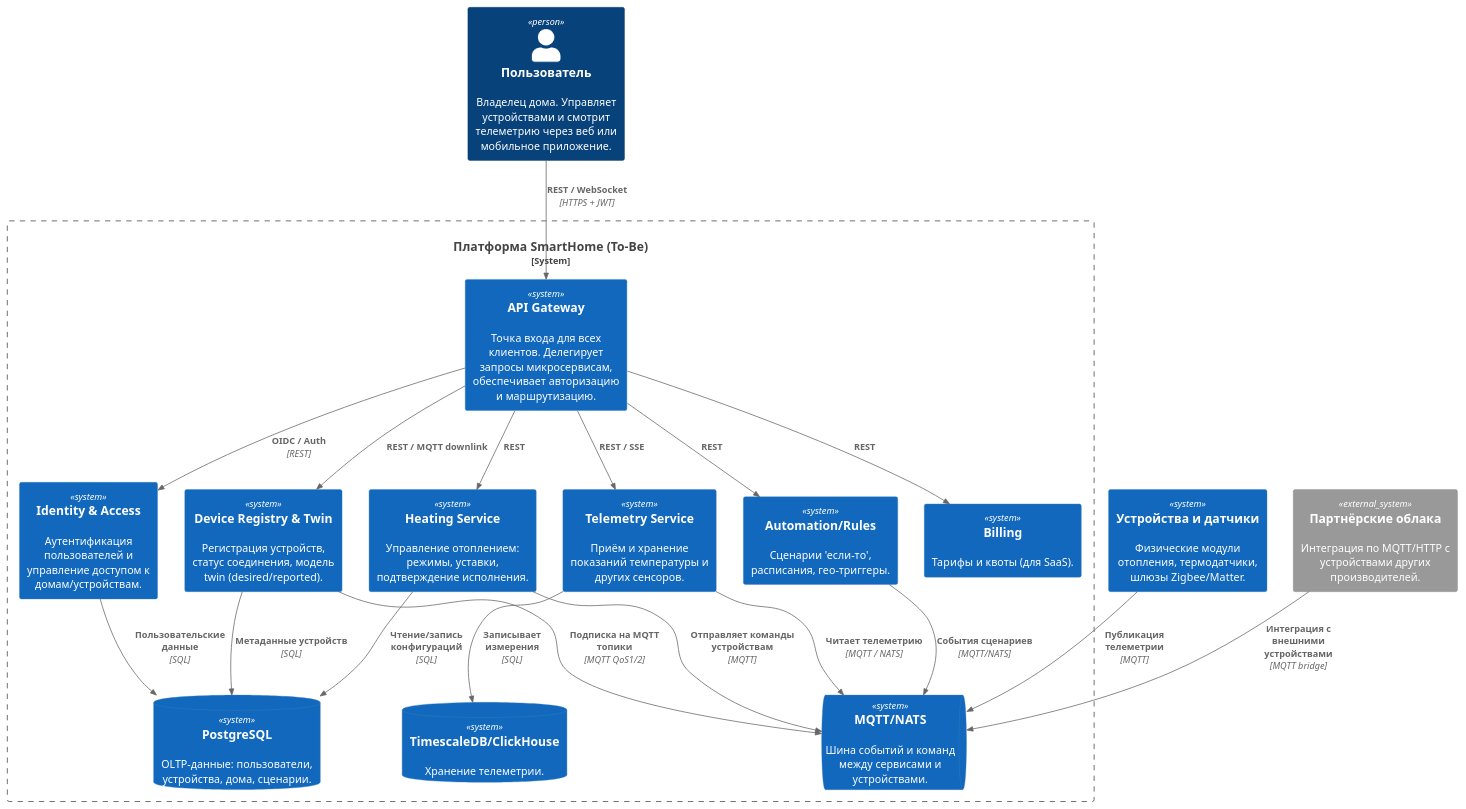
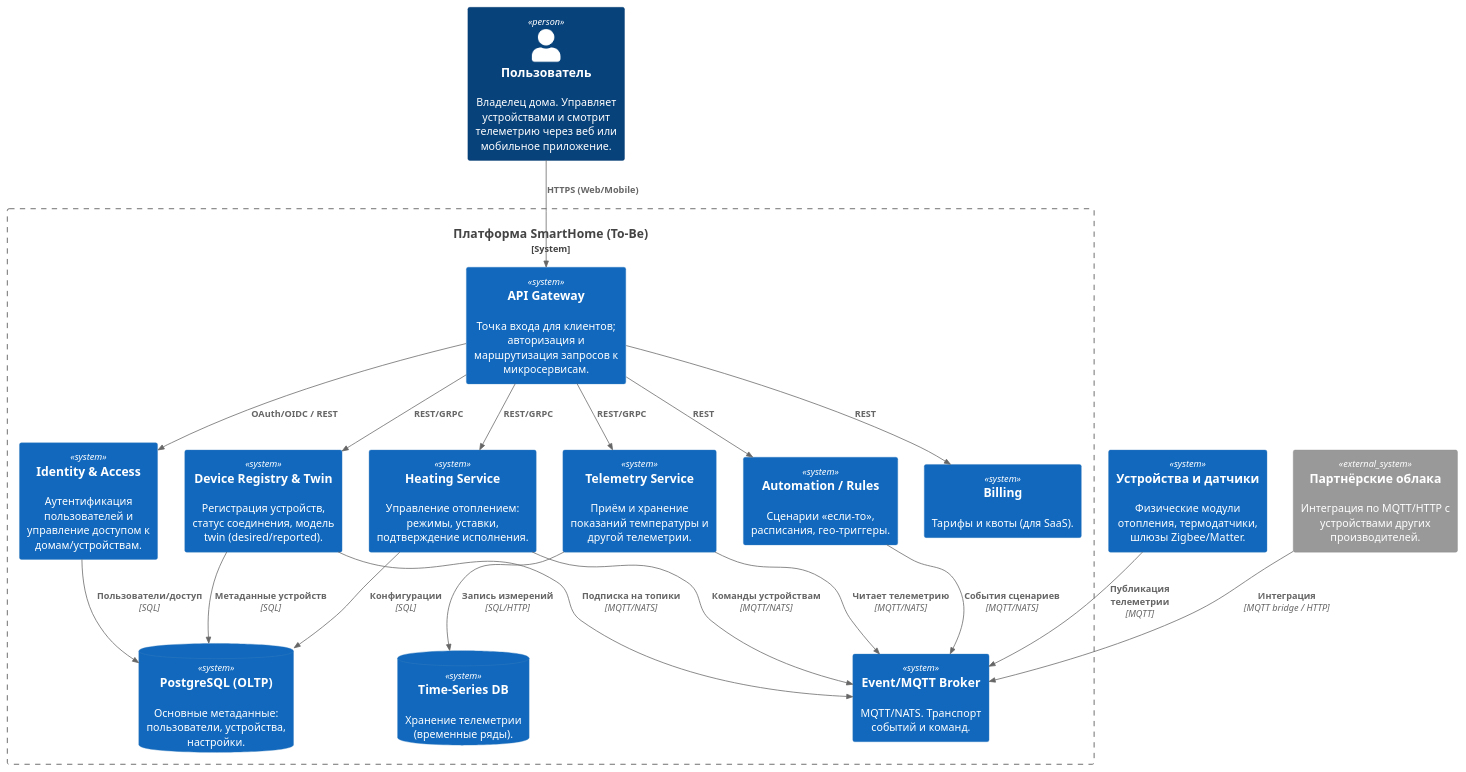
Before and after one commit to LobovVit/arc-warmhouse: the diagram in schemas/To-Be-C4-Context.puml, drawn with PlantUML. The commit also changed 1 other file, not shown here.

```diff
--- a/schemas/To-Be-C4-Context.puml
+++ b/schemas/To-Be-C4-Context.puml
@@ -1,42 +1,44 @@
 @startuml
 !include https://raw.githubusercontent.com/plantuml-stdlib/C4-PlantUML/master/C4_Context.puml
 LAYOUT_TOP_DOWN()
 
 Person(user, "Пользователь", "Владелец дома. Управляет устройствами и смотрит телеметрию через веб или мобильное приложение.")
 System(sensor, "Устройства и датчики", "Физические модули отопления, термодатчики, шлюзы Zigbee/Matter.")
 System_Ext(cloudPartner, "Партнёрские облака", "Интеграция по MQTT/HTTP с устройствами других производителей.")
 
 System_Boundary(system, "Платформа SmartHome (To-Be)") {
-  System(apiGateway, "API Gateway", "Точка входа для всех клиентов. Делегирует запросы микросервисам, обеспечивает авторизацию и маршрутизацию.")
+  System(apiGateway, "API Gateway", "Точка входа для клиентов; авторизация и маршрутизация запросов к микросервисам.")
   System(heatingSvc, "Heating Service", "Управление отоплением: режимы, уставки, подтверждение исполнения.")
-  System(telemetrySvc, "Telemetry Service", "Приём и хранение показаний температуры и других сенсоров.")
+  System(telemetrySvc, "Telemetry Service", "Приём и хранение показаний температуры и другой телеметрии.")
   System(deviceSvc, "Device Registry & Twin", "Регистрация устройств, статус соединения, модель twin (desired/reported).")
   System(identitySvc, "Identity & Access", "Аутентификация пользователей и управление доступом к домам/устройствам.")
-  System(automationSvc, "Automation/Rules", "Сценарии 'если-то', расписания, гео-триггеры.")
+  System(automationSvc, "Automation / Rules", "Сценарии «если-то», расписания, гео-триггеры.")
   System(billingSvc, "Billing", "Тарифы и квоты (для SaaS).")
-  SystemDb(timeseriesDb, "TimescaleDB/ClickHouse", "Хранение телеметрии.")
-  SystemDb(pgMain, "PostgreSQL", "OLTP-данные: пользователи, устройства, дома, сценарии.")
-  SystemQueue(broker, "MQTT/NATS", "Шина событий и команд между сервисами и устройствами.")
+
+  ' Внутренняя инфраструктура платформы
+  System(broker, "Event/MQTT Broker", "MQTT/NATS. Транспорт событий и команд.")
+  SystemDb(pgMain, "PostgreSQL (OLTP)", "Основные метаданные: пользователи, устройства, настройки.")
+  SystemDb(timeseriesDb, "Time-Series DB", "Хранение телеметрии (временные ряды).")
 }
 
-' Связи
-Rel(user, apiGateway, "REST / WebSocket", "HTTPS + JWT")
-Rel(apiGateway, identitySvc, "OIDC / Auth", "REST")
-Rel(apiGateway, heatingSvc, "REST")
-Rel(apiGateway, telemetrySvc, "REST / SSE")
-Rel(apiGateway, deviceSvc, "REST / MQTT downlink")
+' Пользователь и внешние взаимодействия
+Rel(user, apiGateway, "HTTPS (Web/Mobile)")
+Rel(apiGateway, heatingSvc, "REST/GRPC")
+Rel(apiGateway, telemetrySvc, "REST/GRPC")
+Rel(apiGateway, deviceSvc, "REST/GRPC")
+Rel(apiGateway, identitySvc, "OAuth/OIDC / REST")
 Rel(apiGateway, automationSvc, "REST")
 Rel(apiGateway, billingSvc, "REST")
 
-Rel(deviceSvc, broker, "Подписка на MQTT топики", "MQTT QoS1/2")
+Rel(deviceSvc, broker, "Подписка на топики", "MQTT/NATS")
 Rel(sensor, broker, "Публикация телеметрии", "MQTT")
-Rel(telemetrySvc, broker, "Читает телеметрию", "MQTT / NATS")
-Rel(heatingSvc, broker, "Отправляет команды устройствам", "MQTT")
-Rel(telemetrySvc, timeseriesDb, "Записывает измерения", "SQL")
-Rel(heatingSvc, pgMain, "Чтение/запись конфигураций", "SQL")
-Rel(identitySvc, pgMain, "Пользовательские данные", "SQL")
+Rel(telemetrySvc, broker, "Читает телеметрию", "MQTT/NATS")
+Rel(heatingSvc, broker, "Команды устройствам", "MQTT/NATS")
+Rel(telemetrySvc, timeseriesDb, "Запись измерений", "SQL/HTTP")
+Rel(heatingSvc, pgMain, "Конфигурации", "SQL")
+Rel(identitySvc, pgMain, "Пользователи/доступ", "SQL")
 Rel(deviceSvc, pgMain, "Метаданные устройств", "SQL")
 Rel(automationSvc, broker, "События сценариев", "MQTT/NATS")
-Rel(cloudPartner, broker, "Интеграция с внешними устройствами", "MQTT bridge")
+Rel(cloudPartner, broker, "Интеграция", "MQTT bridge / HTTP")
 
 @enduml
```
